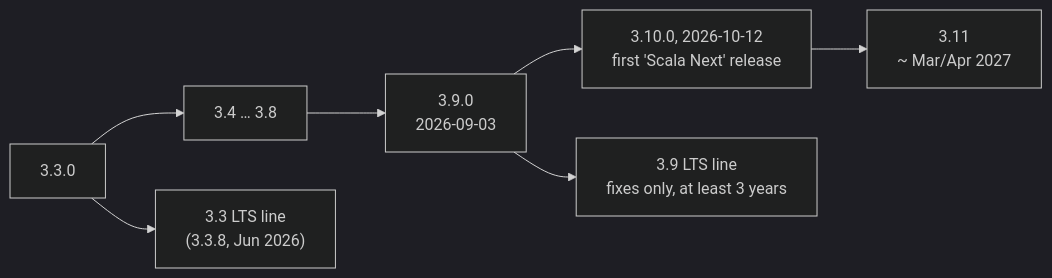
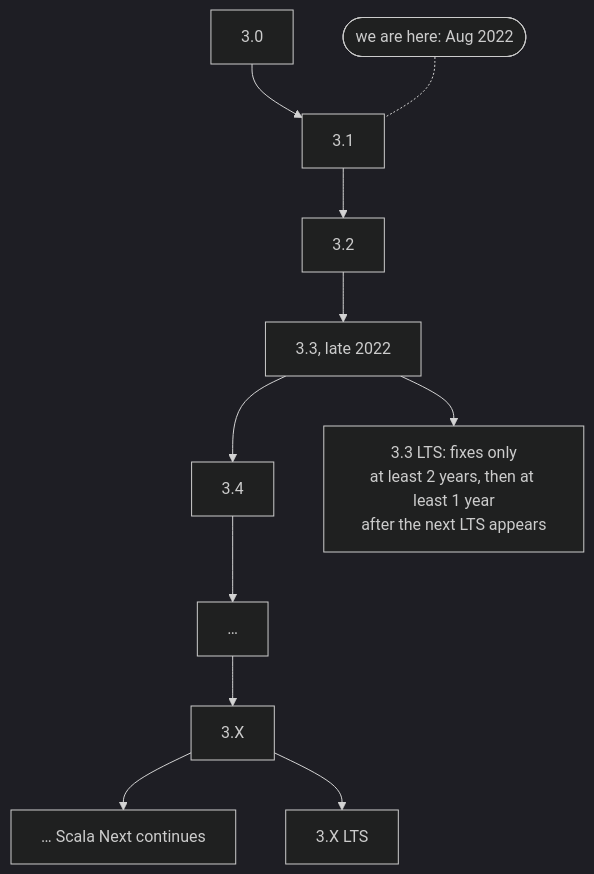
One commit to yurii-mysak/scala-training-docs changed the diagram in dojo/lessons/assets/2026-10-13-2-1.mmd. Above: the diagram before and after it, drawn with Mermaid (dark theme). The commit also changed 44 other files, not shown here.

First line of the commit message:
dojo: reviewer fixes (legible top-down diagrams, log axes, reproducible timings, licence and citation corrections); asset map tracks content hashes

```diff
--- a/dojo/lessons/assets/2026-10-13-2-1.mmd
+++ b/dojo/lessons/assets/2026-10-13-2-1.mmd
@@ -1,4 +1,6 @@
-flowchart LR
-  N33["3.3.0"] --> N38["3.4 … 3.8"] --> N39["3.9.0<br/>2026-09-03"] --> N310["3.10.0, 2026-10-12<br/>first 'Scala Next' release"] --> N311["3.11<br/>~ Mar/Apr 2027"]
-  N33 --> L33["3.3 LTS line<br/>(3.3.8, Jun 2026)"]
-  N39 --> L39["3.9 LTS line<br/>fixes only, at least 3 years"]
+flowchart TD
+  R30["3.0"] --> R31["3.1"] --> R32["3.2"] --> R33["3.3, late 2022"] --> R34["3.4"]
+  HERE(["we are here: Aug 2022"]) -.- R31
+  R34 --> RD1["…"] --> R3X["3.X"] --> RD2["… Scala Next continues"]
+  R33 --> L33["3.3 LTS: fixes only<br/>at least 2 years, then at least 1 year<br/>after the next LTS appears"]
+  R3X --> L3X["3.X LTS"]
```
